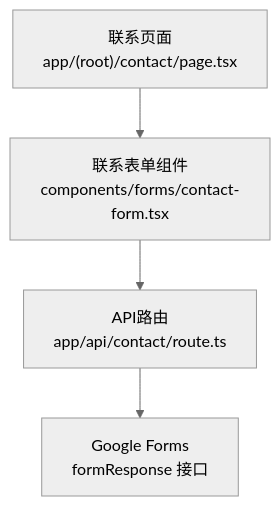
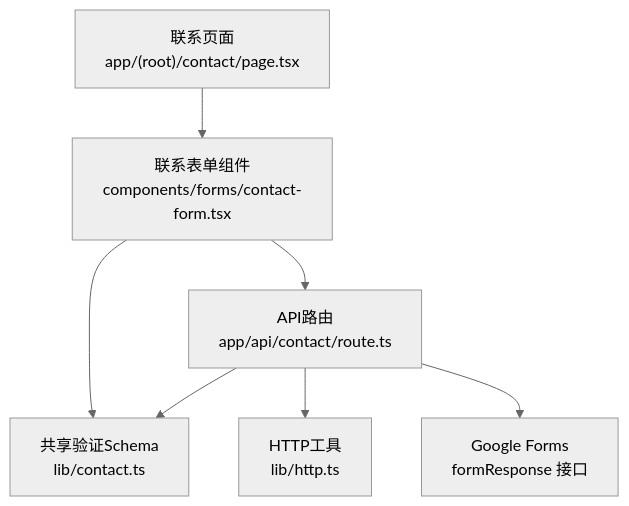
The first of 3 diagrams in .qoder/repowiki/zh/content/API接口文档/联系表单API.md (florianjsun/next-portfolio), drawn with Mermaid (neutral theme) before and after one commit. The commit also changed other lines of this file and 49 other files, not shown here.

````diff
--- a/.qoder/repowiki/zh/content/API接口文档/联系表单API.md
+++ b/.qoder/repowiki/zh/content/API接口文档/联系表单API.md
@@ -41,6 +51,9 @@
 ```mermaid
 graph TB
 A["联系页面<br/>app/(root)/contact/page.tsx"] --> B["联系表单组件<br/>components/forms/contact-form.tsx"]
-B --> C["API路由<br/>app/api/contact/route.ts"]
-C --> D["Google Forms<br/>formResponse 接口"]
+B --> C["共享验证Schema<br/>lib/contact.ts"]
+B --> D["API路由<br/>app/api/contact/route.ts"]
+D --> C
+D --> E["HTTP工具<br/>lib/http.ts"]
+D --> F["Google Forms<br/>formResponse 接口"]
 ```
````
